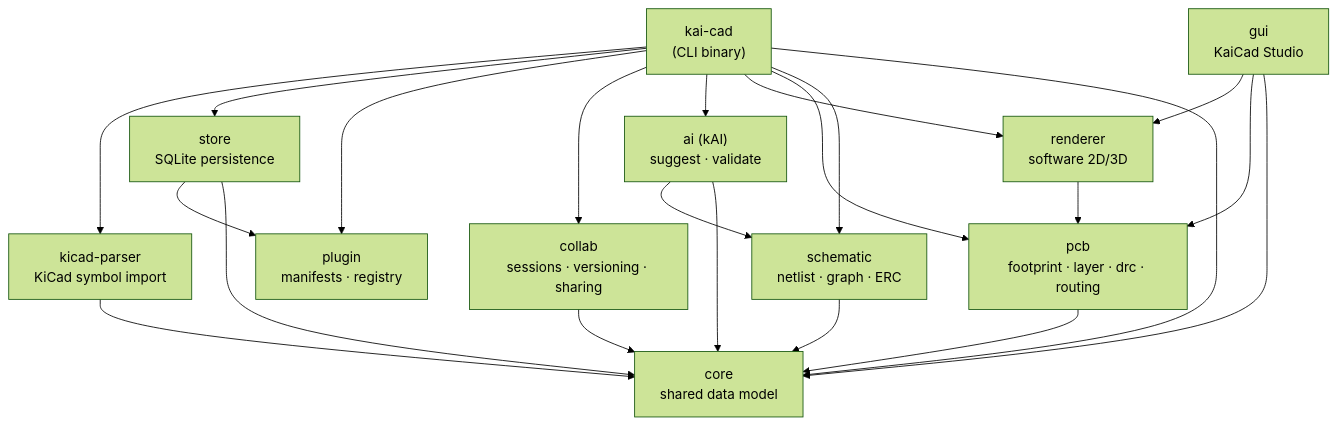
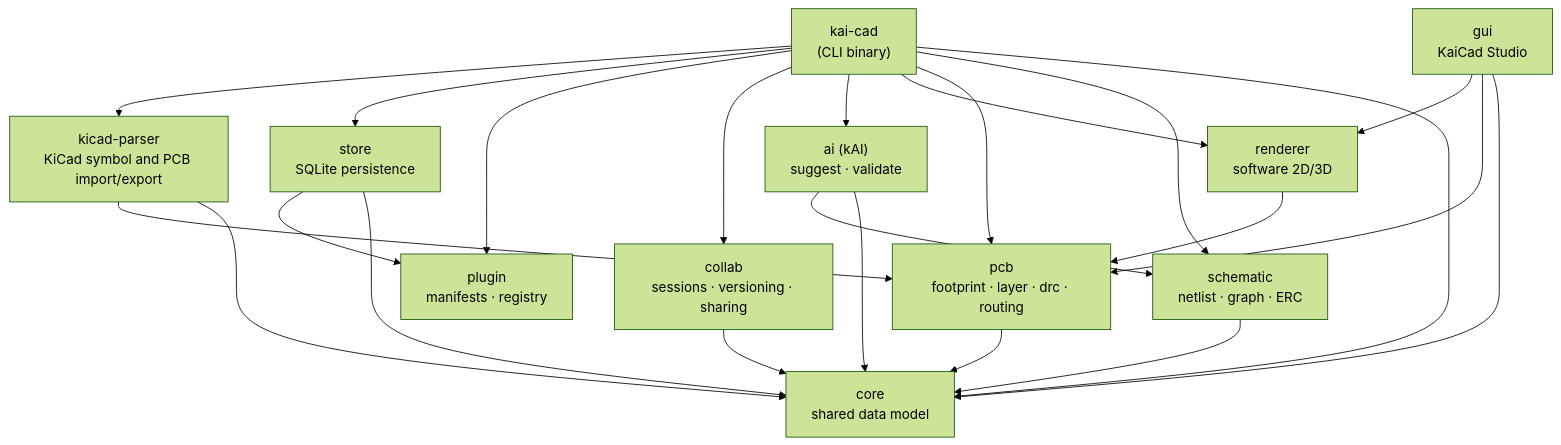
Before and after one commit to sneakylizard123-4/KaiCad: the first of 3 diagrams in docs/ARCHITECTURE.md, drawn with Mermaid (forest theme). The commit also changed other lines of this file and 26 other files, not shown here.

````diff
--- a/docs/ARCHITECTURE.md
+++ b/docs/ARCHITECTURE.md
@@ -30,38 +32,39 @@
 ```mermaid
 graph TD
     app["kai-cad<br/>(CLI binary)"]
     gui["gui<br/>KaiCad Studio"]
     core["core<br/>shared data model"]
     schematic["schematic<br/>netlist · graph · ERC"]
     pcb["pcb<br/>footprint · layer · drc · routing"]
     renderer["renderer<br/>software 2D/3D"]
     ai["ai (kAI)<br/>suggest · validate"]
     collab["collab<br/>sessions · versioning · sharing"]
     plugin["plugin<br/>manifests · registry"]
     store["store<br/>SQLite persistence"]
-    kicad_parser["kicad-parser<br/>KiCad symbol import"]
+    kicad_parser["kicad-parser<br/>KiCad symbol and PCB import/export"]
 
     app --> core
     app --> schematic
     app --> pcb
     app --> renderer
     app --> ai
     app --> collab
     app --> plugin
     app --> store
     app --> kicad_parser
 
     gui --> core
     gui --> pcb
     gui --> renderer
 
     kicad_parser --> core
+    kicad_parser --> pcb
     schematic --> core
     pcb --> core
     renderer --> pcb
     ai --> core
     ai --> schematic
     collab --> core
     store --> core
     store --> plugin
 ```
````
